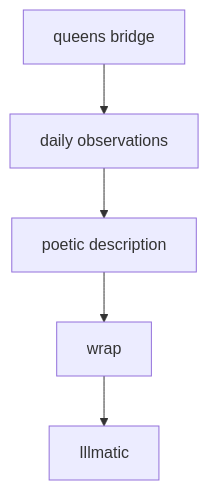
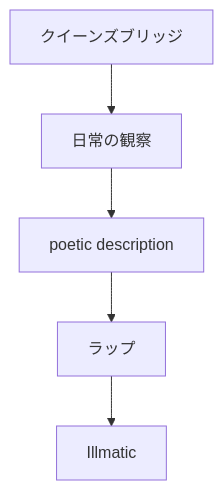
The second of 10 diagrams in en/_posts/2026-07-02-column-influential-album-04.md (monumental-movement/monumental-movement.github.io), drawn with Mermaid before and after one commit. The commit also changed other lines of this file and 2196 other files, not shown here.

```diff
--- a/en/_posts/2026-07-02-column-influential-album-04.md
+++ b/en/_posts/2026-07-02-column-influential-album-04.md
@@ -200,11 +200,11 @@
 <div class="mermaid">
 flowchart TD
-A[queens bridge]
-B[daily observations]
+A[クイーンズブリッジ]
+B[日常の観察]
 C[poetic description]
-D[wrap]
+D[ラップ]
 E[Illmatic]
 
 A --> B --> C --> D --> E
 
 </div>
```
